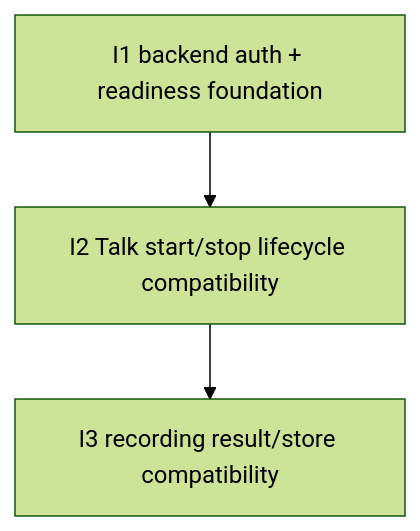
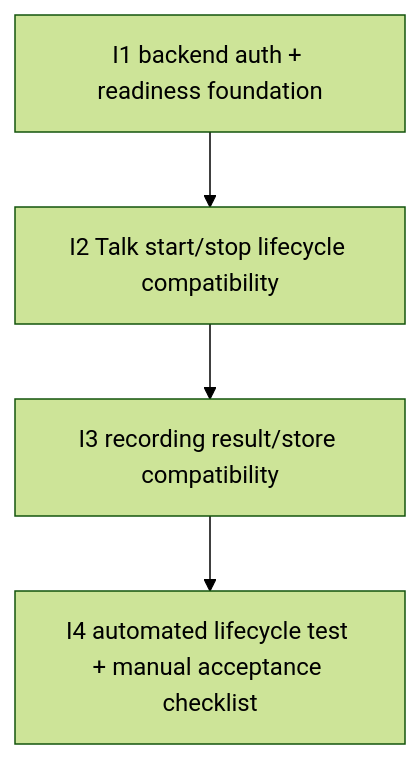
Before and after one commit to codemyriad/gocassini: the diagram in planning/initiatives/mvp/slices/D-263-nextcloud-app-recording/slices.md, drawn with Mermaid (forest theme). The commit also changed other lines of this file and 20 other files, not shown here.

````diff
--- a/planning/initiatives/mvp/slices/D-263-nextcloud-app-recording/slices.md
+++ b/planning/initiatives/mvp/slices/D-263-nextcloud-app-recording/slices.md
@@ -105,5 +112,6 @@
 ```mermaid
 flowchart TD
   I1["I1 backend auth + readiness foundation"] --> I2["I2 Talk start/stop lifecycle compatibility"]
   I2 --> I3["I3 recording result/store compatibility"]
+  I3 --> I4["I4 automated lifecycle test + manual acceptance checklist"]
 ```
````
